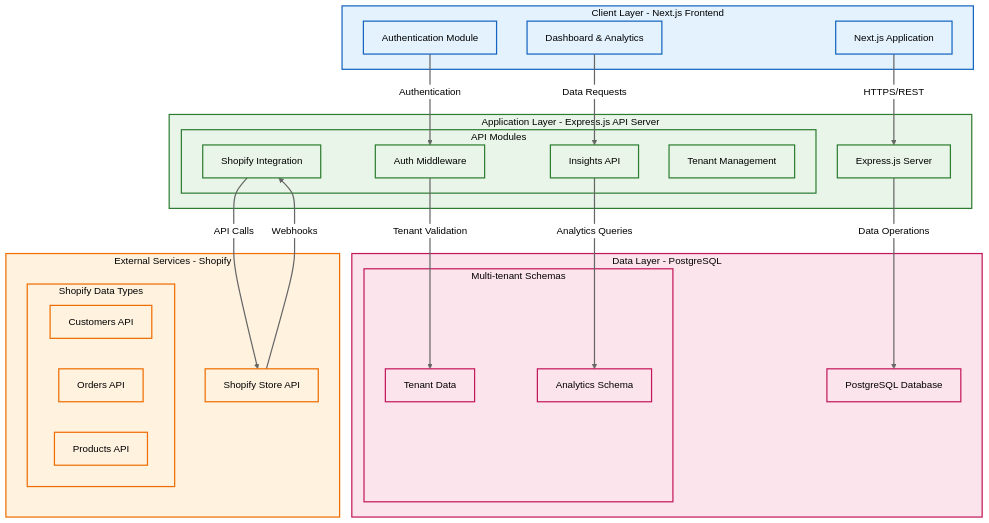
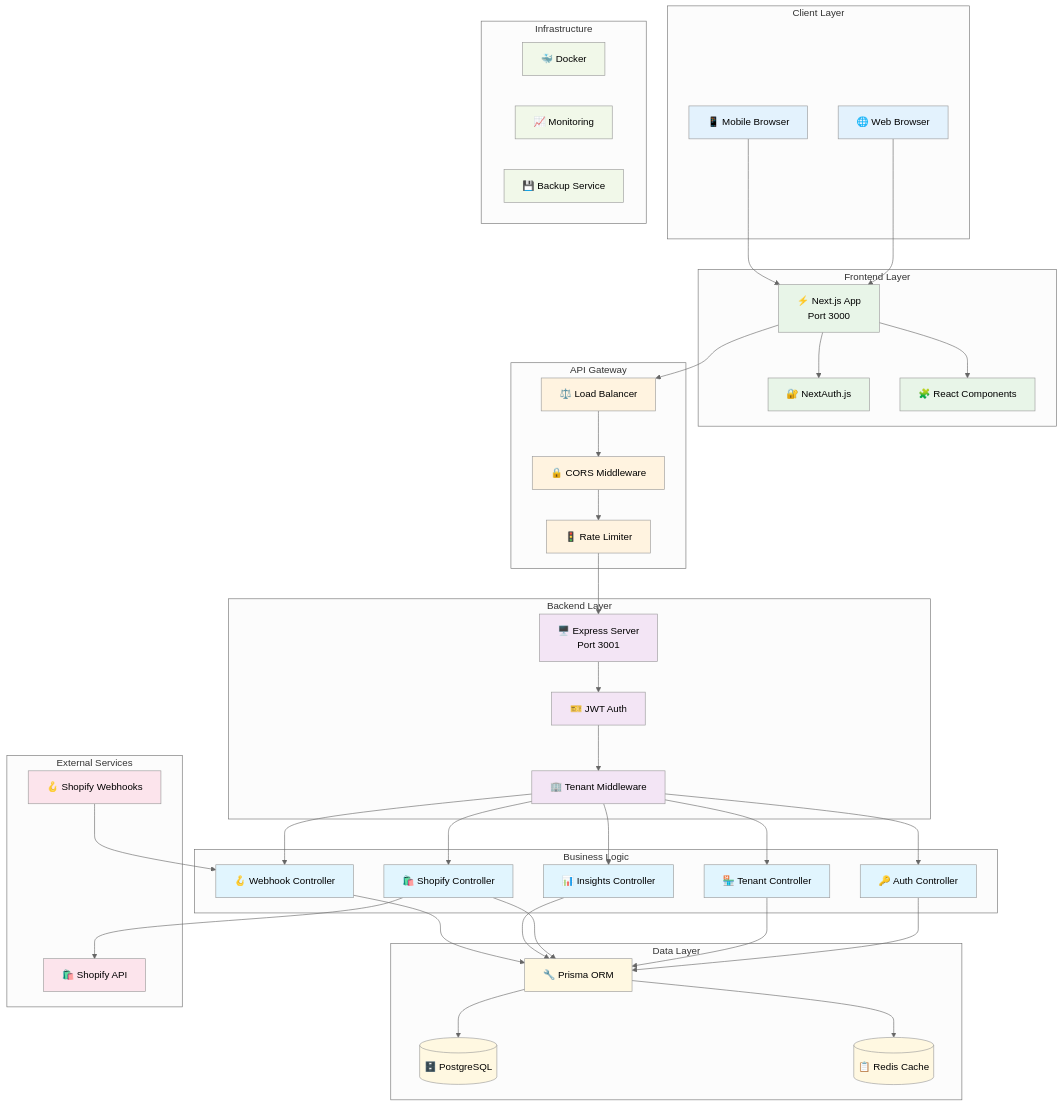
Before and after one commit to souvik03-136/xeno-fde-task: the first of 4 diagrams in README.md, drawn with Mermaid (neutral theme). The commit also changed other lines of this file and 2 other files, not shown here.

````diff
--- a/README.md
+++ b/README.md
@@ -10,69 +42,99 @@
 ```mermaid
 graph TB
-    %% Define styles for different layers
-    classDef client fill:#e3f2fd,stroke:#1565c0,stroke-width:2px,color:#000;
-    classDef app fill:#e8f5e8,stroke:#2e7d32,stroke-width:2px,color:#000;
-    classDef data fill:#fce4ec,stroke:#c2185b,stroke-width:2px,color:#000;
-    classDef external fill:#fff3e0,stroke:#ef6c00,stroke-width:2px,color:#000;
-
-    %% Client Layer
-    subgraph ClientLayer[Client Layer - Next.js Frontend]
-        NextJS[Next.js Application]
-        Auth[Authentication Module]
-        Dashboard[Dashboard & Analytics]
+    subgraph "Client Layer"
+        WEB[🌐 Web Browser]
+        MOB[📱 Mobile Browser]
     end
-
-    %% Application Layer
-    subgraph AppLayer[Application Layer - Express.js API Server]
-        API[Express.js Server]
-        
-        subgraph Modules[API Modules]
-            AuthMiddleware[Auth Middleware]
-            ShopifyAPI[Shopify Integration]
-            InsightsAPI[Insights API]
-            TenantMgmt[Tenant Management]
-        end
+    
+    subgraph "Frontend Layer"
+        NEXT[⚡ Next.js App<br/>Port 3000]
+        AUTH[🔐 NextAuth.js]
+        COMP[🧩 React Components]
     end
-
-    %% Data Layer
-    subgraph DataLayer[Data Layer - PostgreSQL]
-        DB[PostgreSQL Database]
-        
-        subgraph Schemas[Multi-tenant Schemas]
-            TenantSchema[Tenant Data]
-            AnalyticsSchema[Analytics Schema]
-        end
+    
+    subgraph "API Gateway"
+        LB[⚖️ Load Balancer]
+        CORS[🔒 CORS Middleware]
+        RATE[🚦 Rate Limiter]
     end
-
-    %% External Services
-    subgraph ExternalLayer[External Services - Shopify]
-        Shopify[Shopify Store API]
-        
-        subgraph ShopifyData[Shopify Data Types]
-            Customers[Customers API]
-            Orders[Orders API]
-            Products[Products API]
-        end
+    
+    subgraph "Backend Layer"
+        EXPRESS[🖥️ Express Server<br/>Port 3001]
+        JWT[🎫 JWT Auth]
+        TENANT[🏢 Tenant Middleware]
     end
-
-    %% Connections
-    NextJS -->|HTTPS/REST| API
-    Auth -->|Authentication| AuthMiddleware
-    Dashboard -->|Data Requests| InsightsAPI
     
-    API -->|Data Operations| DB
-    AuthMiddleware -->|Tenant Validation| TenantSchema
-    InsightsAPI -->|Analytics Queries| AnalyticsSchema
+    subgraph "Business Logic"
+        AUTH_CTRL[🔑 Auth Controller]
+        TENANT_CTRL[🏪 Tenant Controller]
+        SHOPIFY_CTRL[🛍️ Shopify Controller]
+        INSIGHTS_CTRL[📊 Insights Controller]
+        WEBHOOK_CTRL[🪝 Webhook Controller]
+    end
     
-    ShopifyAPI -->|API Calls| Shopify
-    Shopify -->|Webhooks| ShopifyAPI
+    subgraph "Data Layer"
+        PRISMA[🔧 Prisma ORM]
+        POSTGRES[(🗄️ PostgreSQL)]
+        REDIS[(📋 Redis Cache)]
+    end
     
-    %% Apply styles
-    class ClientLayer,NextJS,Auth,Dashboard client;
-    class AppLayer,API,Modules,AuthMiddleware,ShopifyAPI,InsightsAPI,TenantMgmt app;
-    class DataLayer,DB,Schemas,TenantSchema,AnalyticsSchema data;
-    class ExternalLayer,Shopify,ShopifyData,Customers,Orders,Products external;
+    subgraph "External Services"
+        SHOPIFY_API[🛍️ Shopify API]
+        WEBHOOK_SVC[🪝 Shopify Webhooks]
+    end
     
-    %% Add some visual elements
-    linkStyle 0,1,2,3,4,5,6,7 stroke:#666,stroke-width:2px;
+    subgraph "Infrastructure"
+        DOCKER[🐳 Docker]
+        MONITORING[📈 Monitoring]
+        BACKUP[💾 Backup Service]
+    end
+    
+    WEB --> NEXT
+    MOB --> NEXT
+    NEXT --> AUTH
+    NEXT --> COMP
+    
+    NEXT --> LB
+    LB --> CORS
+    CORS --> RATE
+    RATE --> EXPRESS
+    
+    EXPRESS --> JWT
+    JWT --> TENANT
+    
+    TENANT --> AUTH_CTRL
+    TENANT --> TENANT_CTRL
+    TENANT --> SHOPIFY_CTRL
+    TENANT --> INSIGHTS_CTRL
+    TENANT --> WEBHOOK_CTRL
+    
+    AUTH_CTRL --> PRISMA
+    TENANT_CTRL --> PRISMA
+    SHOPIFY_CTRL --> PRISMA
+    INSIGHTS_CTRL --> PRISMA
+    WEBHOOK_CTRL --> PRISMA
+    
+    PRISMA --> POSTGRES
+    PRISMA --> REDIS
+    
+    SHOPIFY_CTRL --> SHOPIFY_API
+    WEBHOOK_SVC --> WEBHOOK_CTRL
+    
+    classDef client fill:#e3f2fd
+    classDef frontend fill:#e8f5e8
+    classDef gateway fill:#fff3e0
+    classDef backend fill:#f3e5f5
+    classDef business fill:#e1f5fe
+    classDef data fill:#fff8e1
+    classDef external fill:#fce4ec
+    classDef infra fill:#f1f8e9
+    
+    class WEB,MOB client
+    class NEXT,AUTH,COMP frontend
+    class LB,CORS,RATE gateway
+    class EXPRESS,JWT,TENANT backend
+    class AUTH_CTRL,TENANT_CTRL,SHOPIFY_CTRL,INSIGHTS_CTRL,WEBHOOK_CTRL business
+    class PRISMA,POSTGRES,REDIS data
+    class SHOPIFY_API,WEBHOOK_SVC external
+    class DOCKER,MONITORING,BACKUP infra
 ```
````
